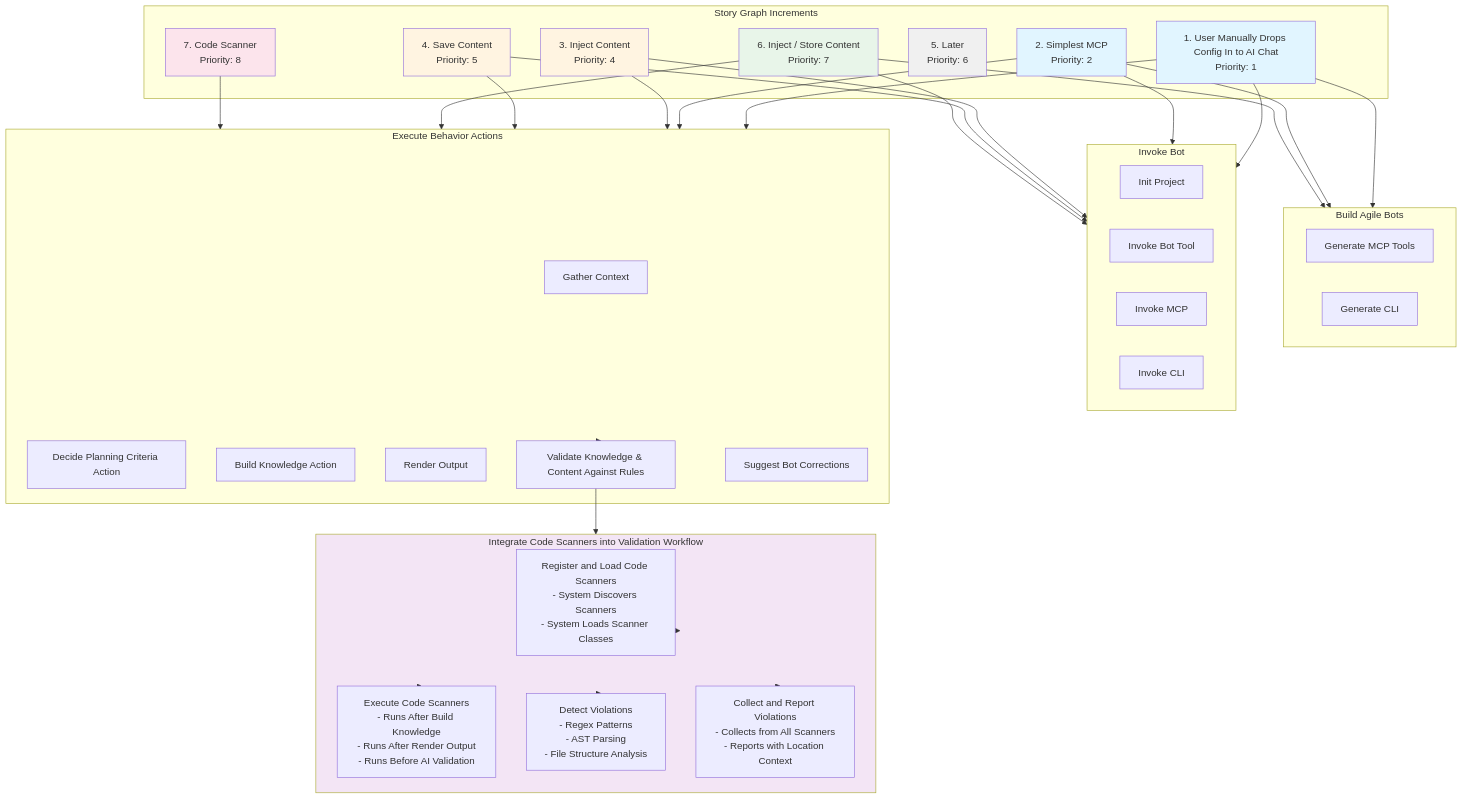
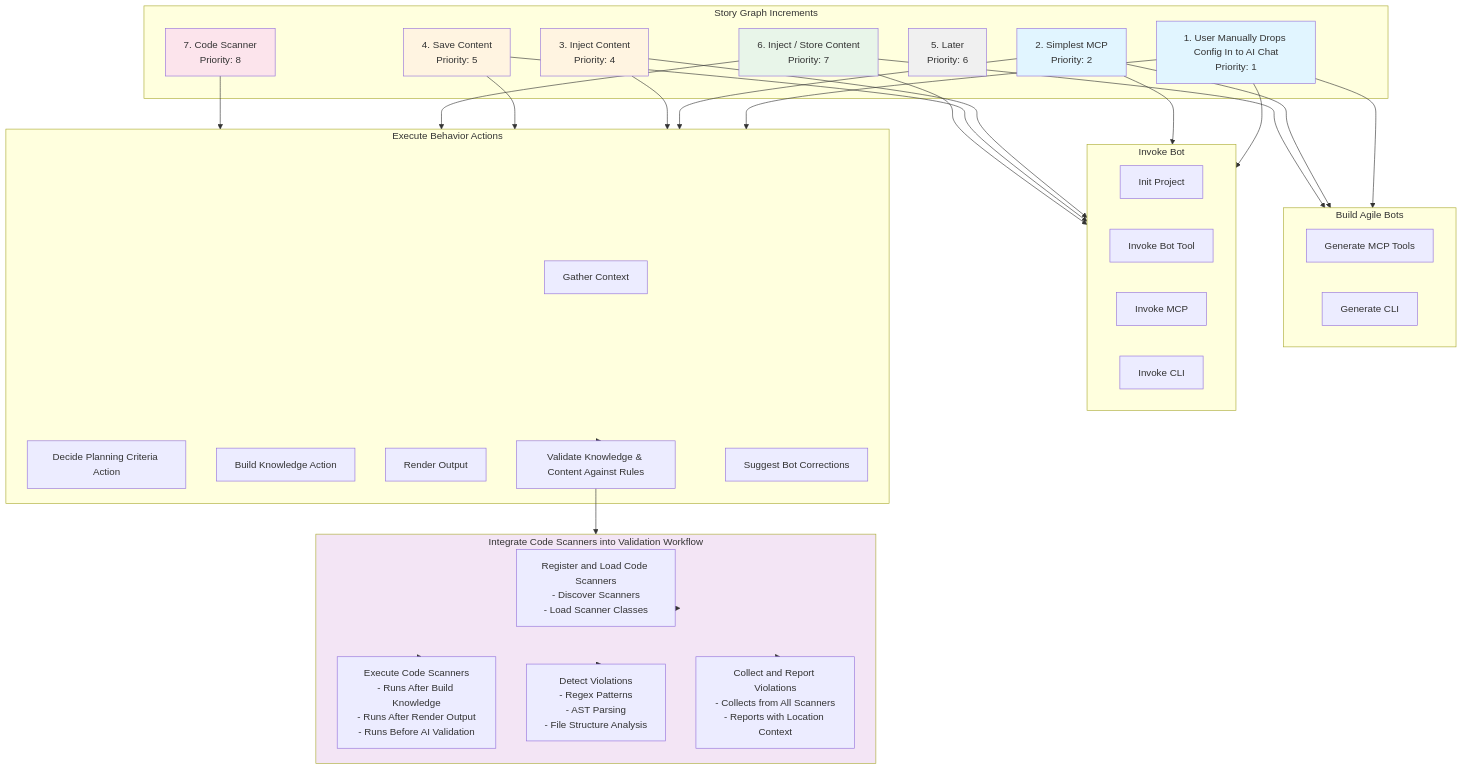
One commit to thomasjeffreyandersontwin/augmented-teams changed the diagram in agile_bot/bots/base_bot/docs/stories/increments-diagram.md. Above: the diagram before and after it, drawn with Mermaid. The commit also changed other lines of this file and 117 other files, not shown here.

````diff
--- a/agile_bot/bots/base_bot/docs/stories/increments-diagram.md
+++ b/agile_bot/bots/base_bot/docs/stories/increments-diagram.md
@@ -3,75 +3,75 @@
 ```mermaid
 graph TB
     subgraph Increments["Story Graph Increments"]
         I1["1. User Manually Drops Config In to AI Chat<br/>Priority: 1"]
         I2["2. Simplest MCP<br/>Priority: 2"]
         I3["3. Inject Content<br/>Priority: 4"]
         I4["4. Save Content<br/>Priority: 5"]
         I5["5. Later<br/>Priority: 6"]
         I6["6. Inject / Store Content<br/>Priority: 7"]
         I7["7. Code Scanner<br/>Priority: 8"]
     end
 
     subgraph Epic1["Build Agile Bots"]
         E1A["Generate MCP Tools"]
         E1B["Generate CLI"]
     end
 
     subgraph Epic2["Invoke Bot"]
         E2A["Init Project"]
         E2B["Invoke Bot Tool"]
         E2C["Invoke MCP"]
         E2D["Invoke CLI"]
     end
 
     subgraph Epic3["Execute Behavior Actions"]
         E3A["Gather Context"]
         E3B["Decide Planning Criteria Action"]
         E3C["Build Knowledge Action"]
         E3D["Render Output"]
         E3E["Validate Knowledge & Content Against Rules"]
         E3F["Suggest Bot Corrections"]
     end
 
     subgraph ScannerSubEpic["Integrate Code Scanners into Validation Workflow"]
-        S1["Register and Load Code Scanners<br/>- System Discovers Scanners<br/>- System Loads Scanner Classes"]
+        S1["Register and Load Code Scanners<br/>- Discover Scanners<br/>- Load Scanner Classes"]
         S2["Execute Code Scanners<br/>- Runs After Build Knowledge<br/>- Runs After Render Output<br/>- Runs Before AI Validation"]
         S3["Detect Violations<br/>- Regex Patterns<br/>- AST Parsing<br/>- File Structure Analysis"]
         S4["Collect and Report Violations<br/>- Collects from All Scanners<br/>- Reports with Location Context"]
     end
 
     I1 --> Epic1
     I1 --> Epic2
     I1 --> Epic3
     
     I2 --> Epic1
     I2 --> Epic2
     I2 --> Epic3
     
     I3 --> Epic2
     I3 --> Epic3
     
     I4 --> Epic2
     I4 --> Epic3
     
     I6 --> Epic1
     I6 --> Epic2
     I6 --> Epic3
     
     I7 --> Epic3
     Epic3 --> E3E
     E3E --> ScannerSubEpic
     ScannerSubEpic --> S1
     ScannerSubEpic --> S2
     ScannerSubEpic --> S3
     ScannerSubEpic --> S4
 
     style I1 fill:#e1f5ff
     style I2 fill:#e1f5ff
     style I3 fill:#fff4e1
     style I4 fill:#fff4e1
     style I5 fill:#f0f0f0
     style I6 fill:#e8f5e9
     style I7 fill:#fce4ec
     style ScannerSubEpic fill:#f3e5f5
 ```
````
